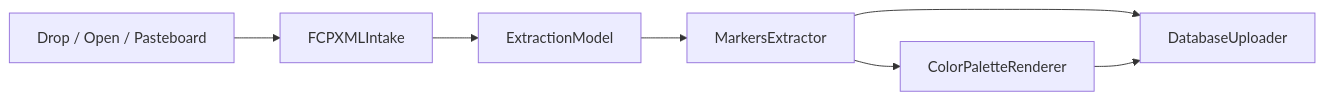
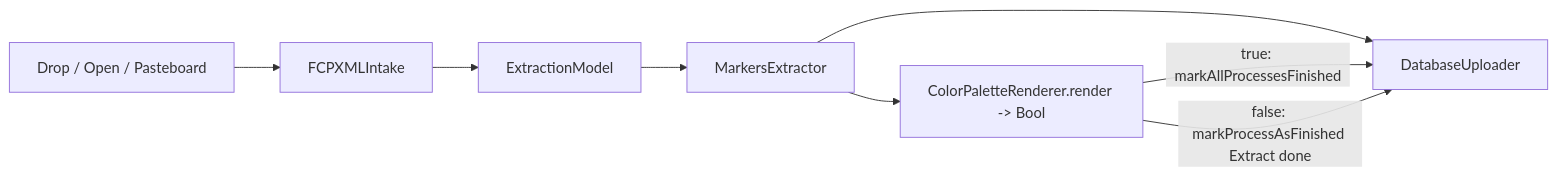
Before and after one commit to TheAcharya/MarkerData: the second of 5 diagrams in ARCHITECTURE.md, drawn with Mermaid. The commit also changed other lines of this file and 3 other files, not shown here.

````diff
--- a/ARCHITECTURE.md
+++ b/ARCHITECTURE.md
@@ -268,14 +308,15 @@
 ```mermaid
 flowchart LR
   Drop[Drop / Open / Pasteboard]
   Intake[FCPXMLIntake]
   EM[ExtractionModel]
   ME[MarkersExtractor]
-  Swatch[ColorPaletteRenderer]
+  Swatch["ColorPaletteRenderer.render -> Bool"]
   Up[DatabaseUploader]
 
   Drop --> Intake --> EM --> ME
   ME --> Swatch
   ME --> Up
-  Swatch --> Up
+  Swatch -->|true: markAllProcessesFinished| Up
+  Swatch -->|false: markProcessAsFinished Extract done| Up
 ```
````
